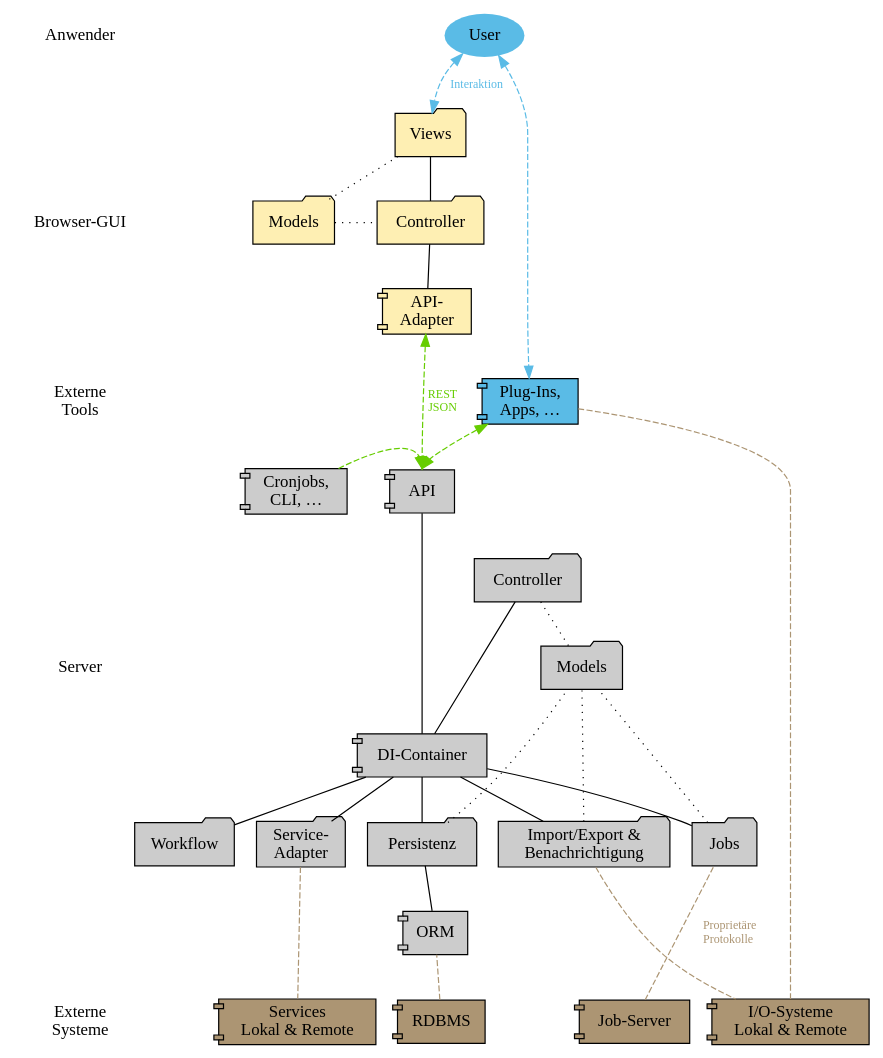
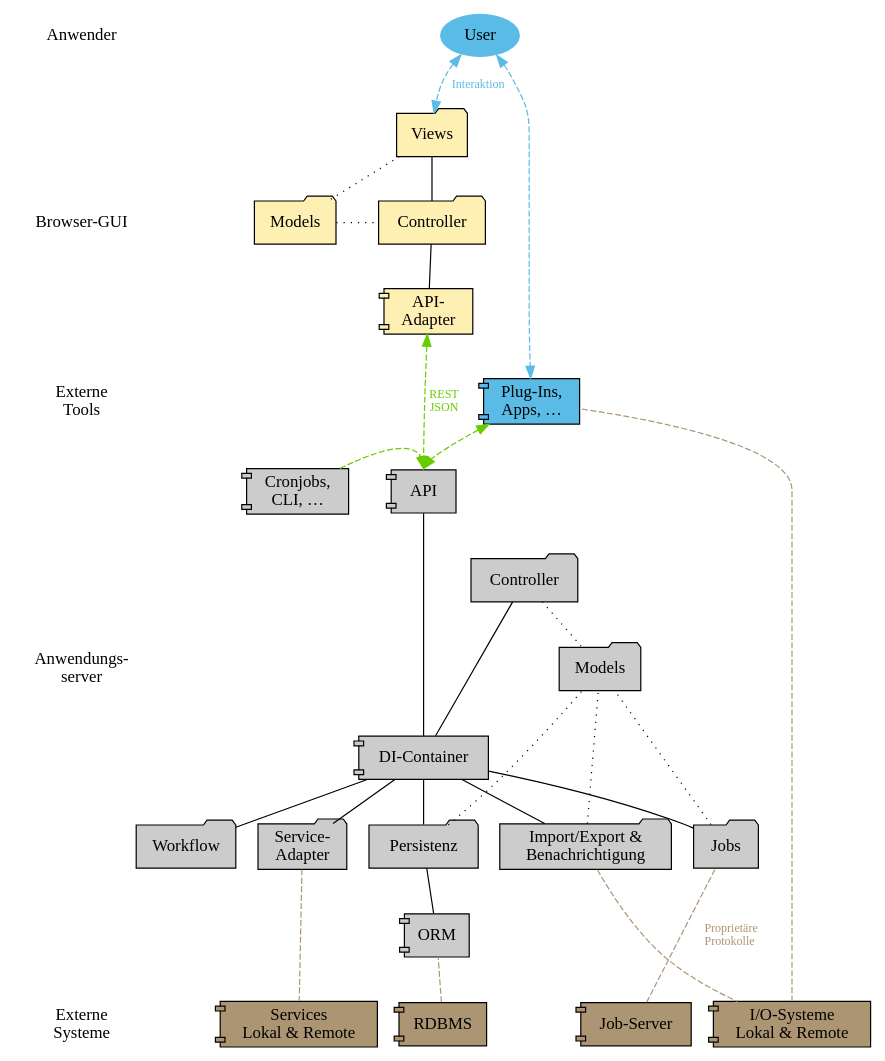
Before and after one commit to retext/retext: the diagram in documents/thesis/media/komponenten.dot, drawn with Graphviz. The commit also changed 3 other files, not shown here.

```diff
--- a/documents/thesis/media/komponenten.dot
+++ b/documents/thesis/media/komponenten.dot
@@ -1,144 +1,144 @@
 digraph G {
 rankdir=TB
 
 edge [ arrowhead=onormal dir=forward fontsize=10 ]
 
 node [ style=filled fillcolor="#5abbe6" ]
 
 subgraph user {
   rank=same 
   ruser [ label="Anwender" shape=none style=solid ]
   user [ style=filled label="User" penwidth=0 ]
 }
 
 node [ fillcolor="#feefb3" ]
 
 subgraph c1 {
   rank=same
   r1 [ style=invis ]
   GuiViews [ label="Views" shape=folder ]
 }
 
 subgraph c2 {
   rank=same
   r2 [ label="Browser-GUI" shape=none style=solid ]
   GuiController [ label=Controller shape=folder ]
   GuiModels [ label=Models shape=folder ]
 }
 
 subgraph c3 {
   rank=same
   r3 [ style=invis ]
   ApiAdapter [ label="API-\nAdapter" shape=component ]
 }
 
 node [ fillcolor="#5abbe6" ]
 
 subgraph c4 {
   rank=same
   r4 [ label="Externe\nTools" shape=none style=solid ]
   PlugIns [ shape=component label="Plug-Ins,\nApps, …" ]
 }
 
 node [ fillcolor="#cccccc" penwidth=1 ]
 
 subgraph c5 {
   rank=same
   r5 [ style=invis ]
   API [ shape=component ]
   Shell [ shape=component label="Cronjobs,\nCLI, …" ]
 }
 
 subgraph c6 {
   rank=same
   r6 [ style=invis ]
   Controller [ shape=folder ]
 }
 
 subgraph c7 {
   rank=same
-  r7 [ label="Server" shape=none style=solid ]
+  r7 [ label="Anwendungs-\nserver" shape=none style=solid ]
   Models [ shape=folder ]    
 }
 
 subgraph c75 {
   rank=same
   r75 [ style=invis ]
   di [ label="DI-Container" shape=component ]
 }
 
 subgraph c8 {
   rank=same
   r8 [ style=invis ]
   IO [ label="Import/Export &\nBenachrichtigung" shape=folder ]
   Jobs [ shape=folder ]
   Persistenz [ shape=folder ]
   Workflow [ shape=folder ]
   ServiceAdapter [ shape=folder label="Service-\nAdapter" ]
 }
 
 subgraph c9 {
   rank=same
   r9 [ style=invis ]
   orm [ label="ORM" shape=component ]
 }
 
 node [ fillcolor="#AC9573" ]
 
 subgraph extern {
   rank=same
   extern [ label="Externe\nSysteme" shape=none style=solid ]
   RDBMS [ shape=component ]
   jobserver [ shape=component label="Job-Server" ]
   Services [ shape=component label="Services\nLokal & Remote" ]  
 iosub [ shape=component label="I/O-Systeme\nLokal & Remote" ]
 }
 
 
 # Reihenfolge der Schichten erzwingen
 edge [ style=invis ]
 ruser -> r1 -> r2 -> r3 -> r4 -> r5 -> r6 -> r7 -> r75 -> r8 -> r9 -> extern
 
 edge [ style=solid dir=none arrowhead=none ]
 
 edge [ tailport=none ]
 
 di -> Persistenz
 di -> IO
 di -> Jobs
 di -> Workflow
 di -> ServiceAdapter
 di -> API [ weight=10 ]
 di -> Controller
 
 edge [ headport=none tailport=none ]
 
 GuiController -> ApiAdapter
 GuiController -> GuiViews
 Persistenz -> orm
 
 edge [ color="#AC9573" style=dashed arrowhead=normal arrowtail=normal fontcolor="#AC9573" ]
 jobserver -> Jobs [ label="  Proprietäre\nProtokolle" ]
 RDBMS -> orm
 IO -> iosub
 ServiceAdapter -> Services
 iosub -> PlugIns
 
 edge [ arrowhead=normal dir=both color="#5abbe6" fontcolor="#5abbe6" ]
 user -> PlugIns
 user -> GuiViews [ label="Interaktion" ]
 
 edge [ color="#66cd00" fontcolor="#66cd00" headport=n ]
 ApiAdapter -> API [ label=" REST\n JSON" ]
 PlugIns -> API
 Shell -> API
 
 edge [ weight=none headport=none style=dotted color=black arrowhead=none arrowtail=none ]
 Persistenz -> Models
 Controller -> Models
 Jobs -> Models
 IO -> Models
 GuiViews -> GuiModels
 GuiModels -> GuiController
 
 }
```
